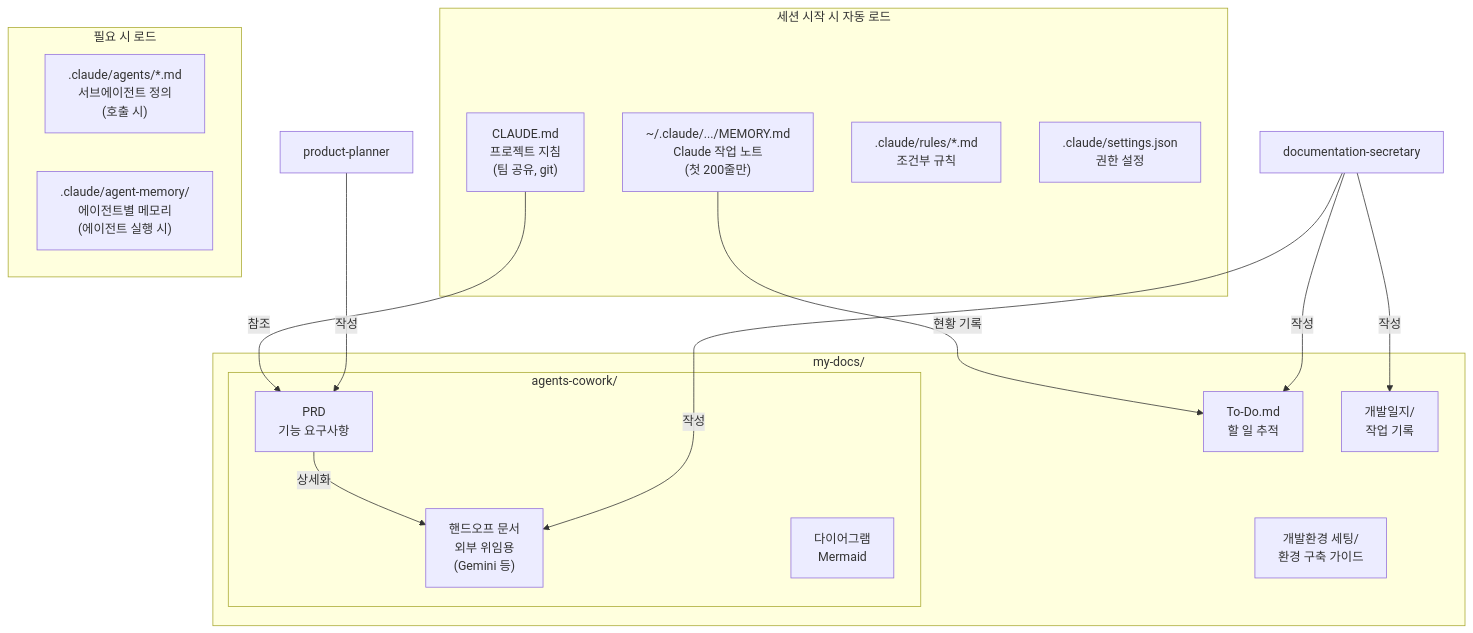
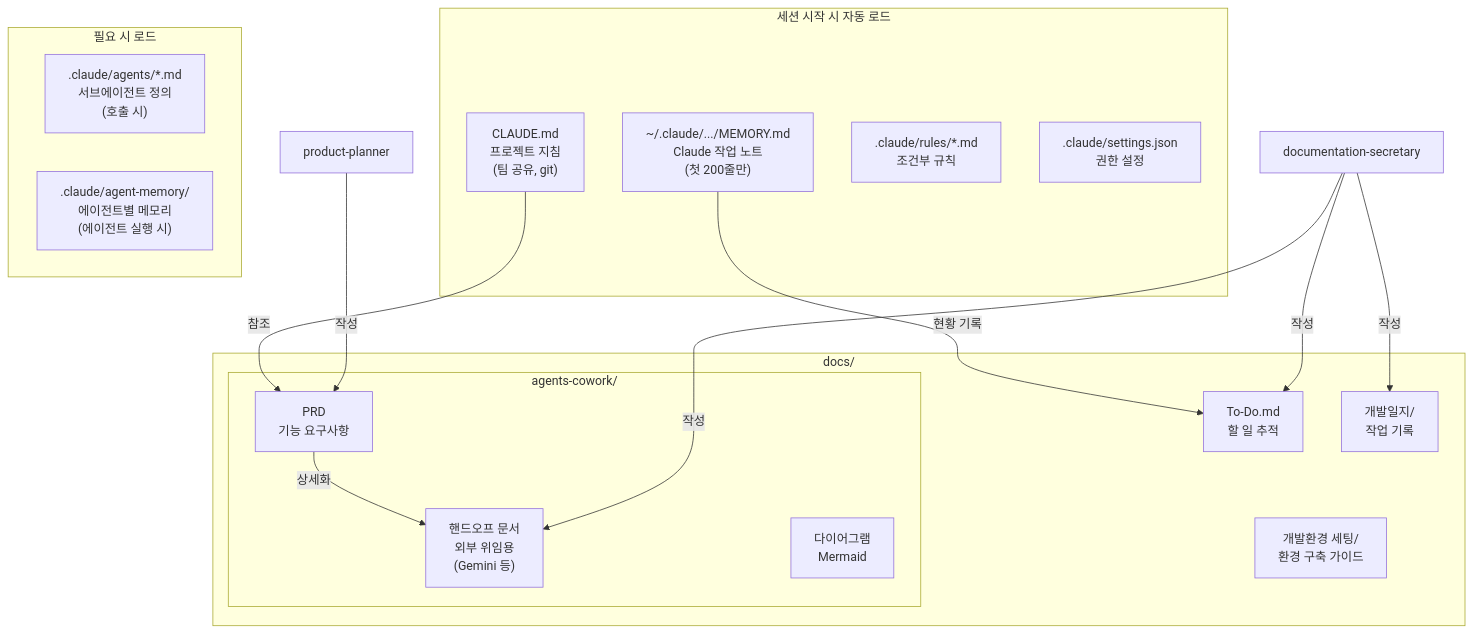
The diagram in agents-cowork/diagrams/diagram-document-structure.md (jjhw0106/docs), drawn with Mermaid before and after one commit. The commit also changed 41 other files, not shown here.

````diff
--- a/agents-cowork/diagrams/diagram-document-structure.md
+++ b/agents-cowork/diagrams/diagram-document-structure.md
@@ -3,34 +3,34 @@
 ```mermaid
 flowchart TB
     subgraph auto_load["세션 시작 시 자동 로드"]
         CLAUDE["CLAUDE.md<br/>프로젝트 지침<br/>(팀 공유, git)"]
         MEMORY["~/.claude/.../MEMORY.md<br/>Claude 작업 노트<br/>(첫 200줄만)"]
         RULES[".claude/rules/*.md<br/>조건부 규칙"]
         SETTINGS[".claude/settings.json<br/>권한 설정"]
     end
 
     subgraph on_demand["필요 시 로드"]
         AGENTS[".claude/agents/*.md<br/>서브에이전트 정의<br/>(호출 시)"]
         AGENT_MEM[".claude/agent-memory/<br/>에이전트별 메모리<br/>(에이전트 실행 시)"]
     end
 
-    subgraph docs["my-docs/"]
+    subgraph docs["docs/"]
         TODO["To-Do.md<br/>할 일 추적"]
         DEVLOG["개발일지/<br/>작업 기록"]
         SETUP["개발환경 세팅/<br/>환경 구축 가이드"]
 
         subgraph cowork["agents-cowork/"]
             PRD["PRD<br/>기능 요구사항"]
             HANDOFF["핸드오프 문서<br/>외부 위임용<br/>(Gemini 등)"]
             DIAGRAMS["다이어그램<br/>Mermaid"]
         end
     end
 
     CLAUDE -->|"참조"| PRD
     PRD -->|"상세화"| HANDOFF
     MEMORY -->|"현황 기록"| TODO
     DOC_SEC["documentation-secretary"] -->|작성| DEVLOG
     DOC_SEC -->|작성| TODO
     DOC_SEC -->|작성| HANDOFF
     PP["product-planner"] -->|작성| PRD
 ```
````
